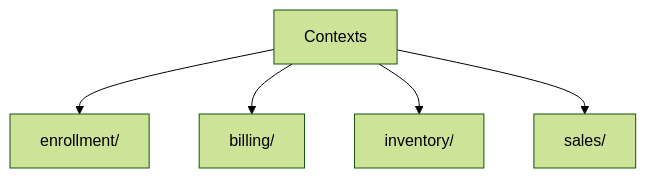
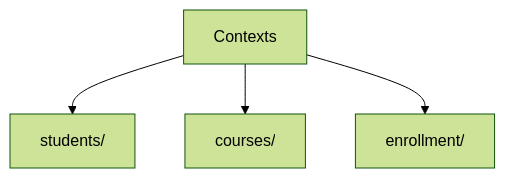
The fourth of 7 diagrams in docs/library-structure.md (virtualitems/tshex-cli), drawn with Mermaid (forest theme) before and after one commit. The commit also changed other lines of this file and 15 other files, not shown here.

First line of the commit message:
docs: align architecture guides with context boundaries

````diff
--- a/docs/library-structure.md
+++ b/docs/library-structure.md
@@ -70,7 +75,6 @@
 ```mermaid
 flowchart TD
-    contexts["Contexts"] --> enrollment["enrollment/"]
-    contexts --> billing["billing/"]
-    contexts --> inventory["inventory/"]
-    contexts --> sales["sales/"]
+    contexts["Contexts"] --> students["students/"]
+    contexts --> courses["courses/"]
+    contexts --> enrollment["enrollment/"]
 ```
````
